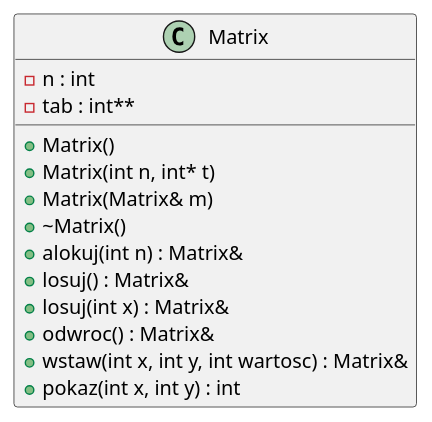
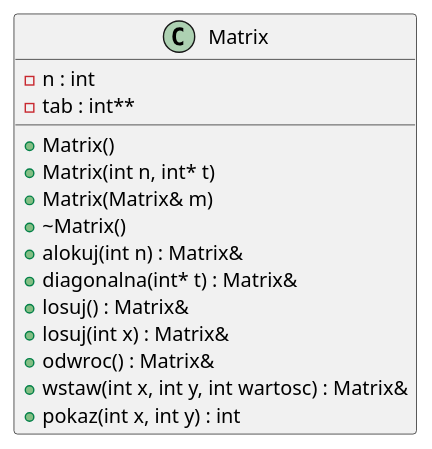
The diagram in inline_umlgraph_pnghtml.pu (kluchoo/Matrix), drawn with PlantUML before and after one commit. The commit also changed 30 other files, not shown here.

```diff
--- a/inline_umlgraph_pnghtml.pu
+++ b/inline_umlgraph_pnghtml.pu
@@ -1,17 +1,18 @@
 @startuml inline_umlgraph_1.png
 class Matrix {
 -n : int
 -tab : int**
 +Matrix()
 +Matrix(int n, int* t)
 +Matrix(Matrix& m)
 +~Matrix()
 +alokuj(int n) : Matrix&
++diagonalna(int* t) : Matrix&
 +losuj() : Matrix&
 +losuj(int x) : Matrix&
 +odwroc() : Matrix&
 +wstaw(int x, int y, int wartosc) : Matrix&
 +pokaz(int x, int y) : int
 
 }
 @enduml
```
